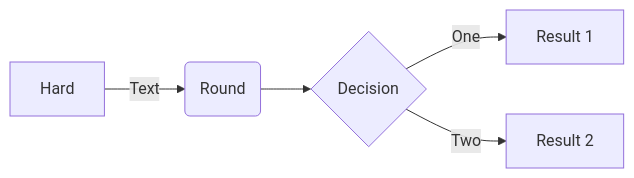
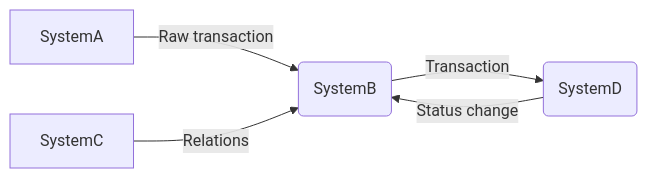
One commit to scherersebastian/github-pages-jekyll-template changed the diagram in docs/ui-components/diagrams.md. Above: the diagram before and after it, drawn with Mermaid. The commit also changed other lines of this file, not shown here.

Commit message:
Update diagrams

````diff
--- a/docs/ui-components/diagrams.md
+++ b/docs/ui-components/diagrams.md
@@ -34,7 +32,7 @@
 ```mermaid
-flowchart LR
-A[Hard] -->|Text| B(Round)
-B --> C{Decision}
-C -->|One| D[Result 1]
-C -->|Two| E[Result 2]
+graph LR
+    A[SystemA] -->|Raw transaction| B(SystemB)
+    C[SystemC] -->|Relations| B
+    B -->|Transaction| D(SystemD)
+    D -->|Status change| B
 ```
````
